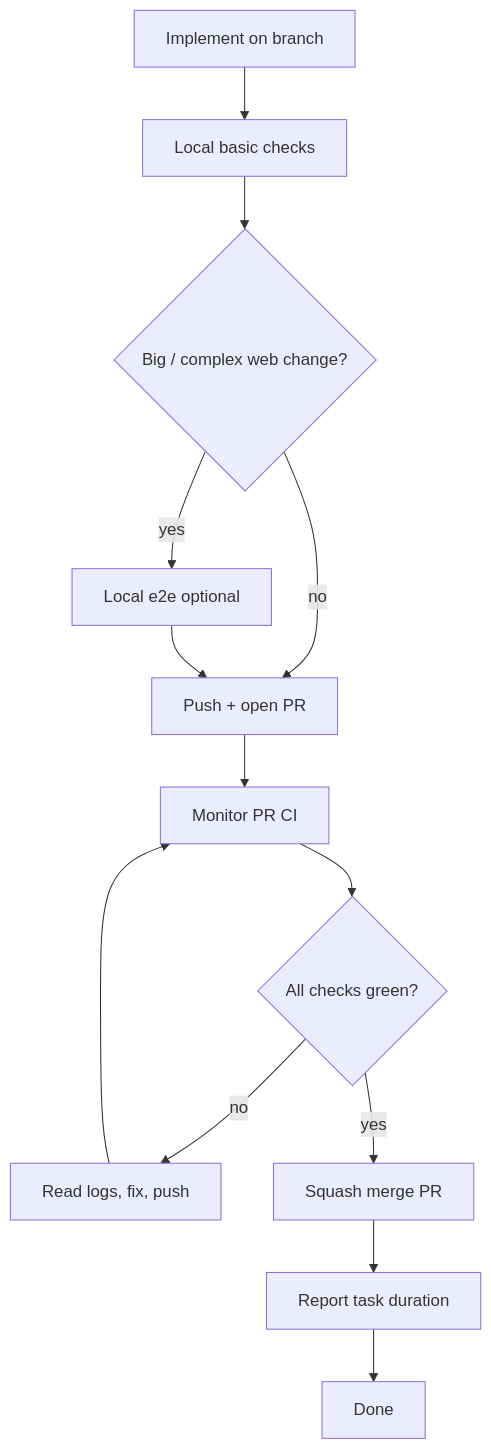
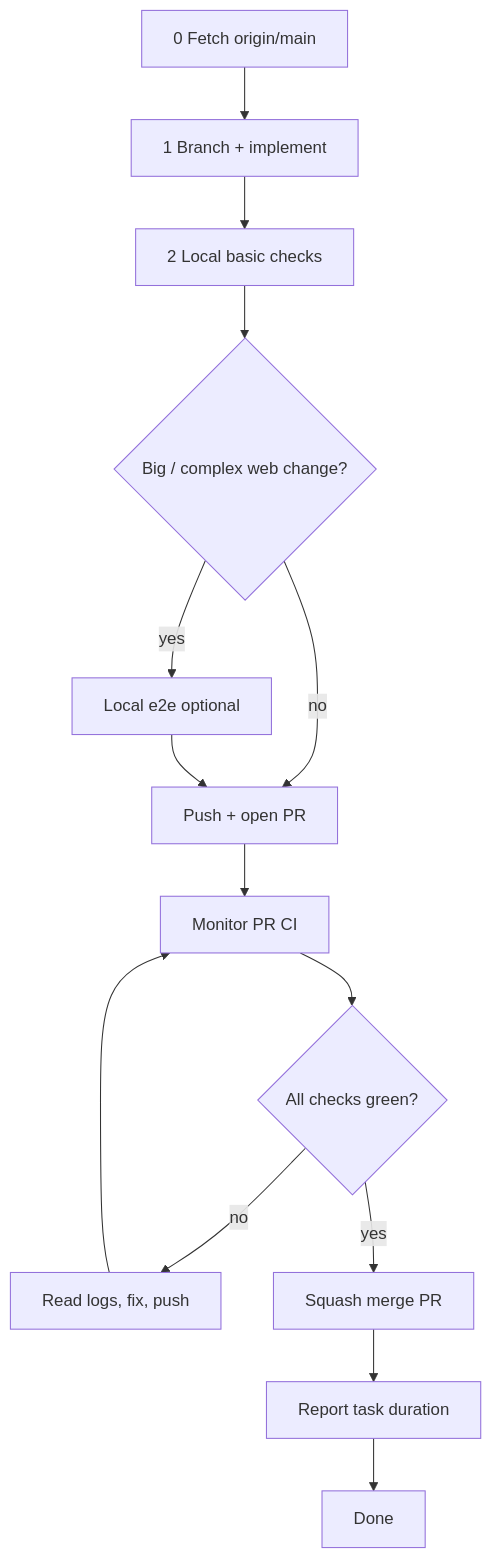
The diagram in .cortex/workflows/pull-requests.md (meta-secret/nook), drawn with Mermaid before and after one commit. The commit also changed other lines of this file and 6 other files, not shown here.

````diff
--- a/.cortex/workflows/pull-requests.md
+++ b/.cortex/workflows/pull-requests.md
@@ -24,15 +24,16 @@
 ```mermaid
 flowchart TD
-  A[Implement on branch] --> B[Local basic checks]
+  Z[0 Fetch origin/main] --> A[1 Branch + implement]
+  A --> B[2 Local basic checks]
   B --> C{Big / complex web change?}
   C -->|yes| D[Local e2e optional]
   C -->|no| E[Push + open PR]
   D --> E
   E --> F[Monitor PR CI]
   F --> G{All checks green?}
   G -->|no| H[Read logs, fix, push]
   H --> F
   G -->|yes| I[Squash merge PR]
   I --> J[Report task duration]
   J --> K[Done]
 ```
````
